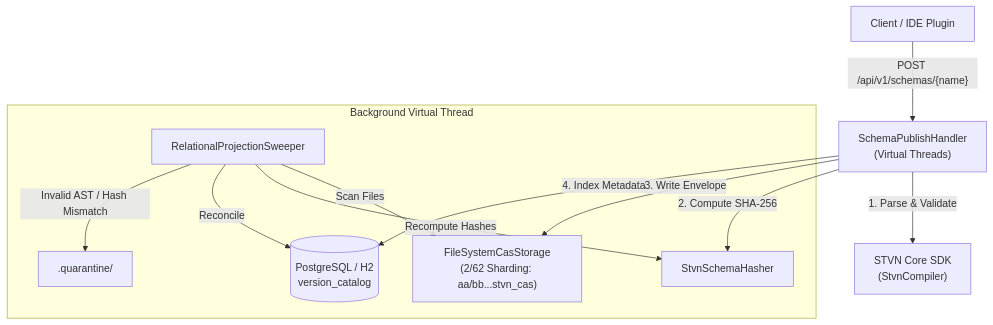
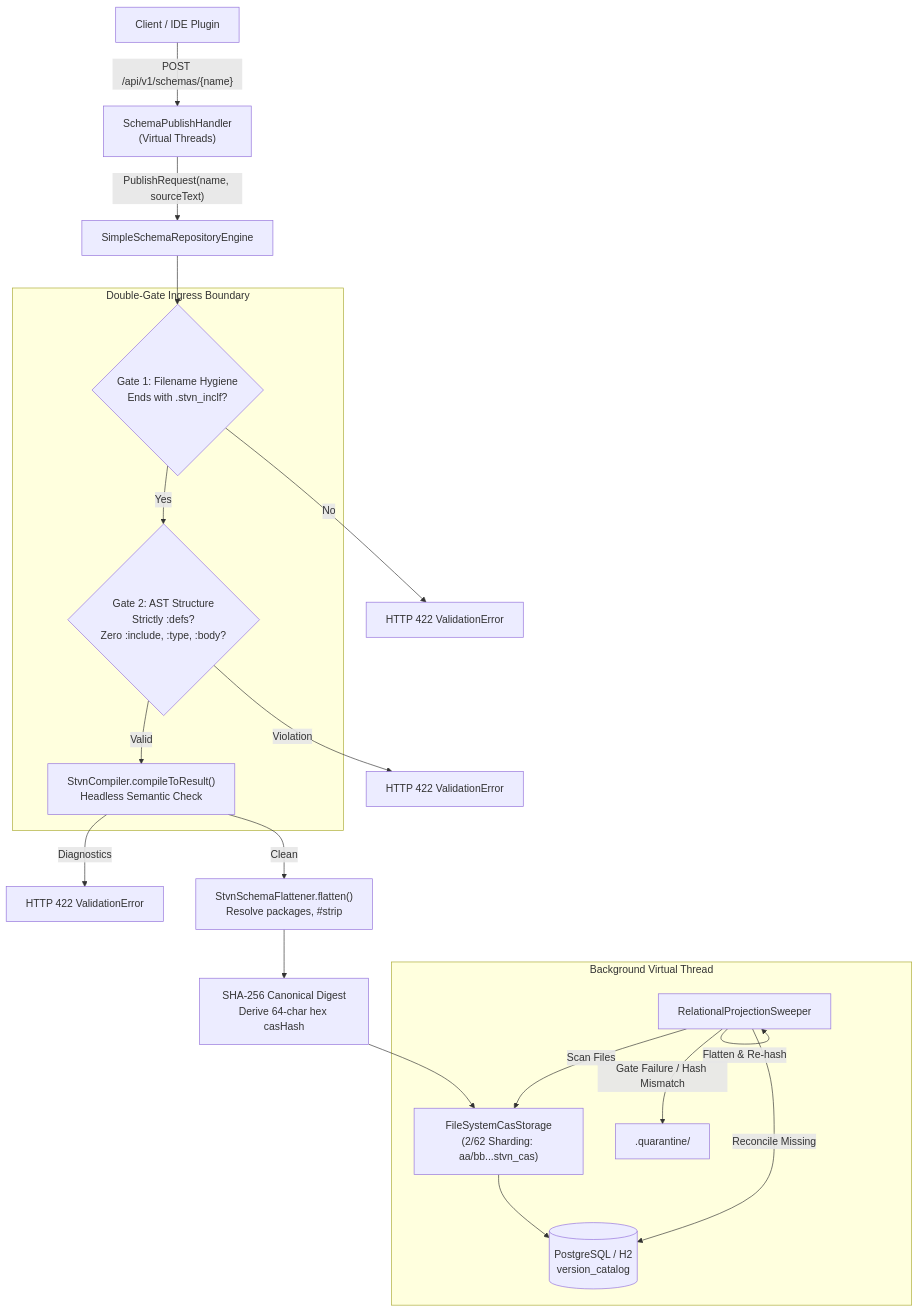
Before and after one commit to chaotic3quilibrium/stvnadore-repository: the diagram in docs/architecture/01_STVN_SCHEMA_REPOSITORY_OVERVIEW.md, drawn with Mermaid. The commit also changed other lines of this file and 9 other files, not shown here.

````diff
--- a/docs/architecture/01_STVN_SCHEMA_REPOSITORY_OVERVIEW.md
+++ b/docs/architecture/01_STVN_SCHEMA_REPOSITORY_OVERVIEW.md
@@ -45,15 +51,31 @@
 ```mermaid
 flowchart TD
     Client["Client / IDE Plugin"] -->|"POST /api/v1/schemas/{name}"| Handler["SchemaPublishHandler\n(Virtual Threads)"]
-    Handler -->|1. Parse & Validate| Core["STVN Core SDK\n(StvnCompiler)"]
-    Handler -->|2. Compute SHA-256| Hasher["StvnSchemaHasher"]
-    Handler -->|3. Write Envelope| CAS["FileSystemCasStorage\n(2/62 Sharding: aa/bb...stvn_cas)"]
-    Handler -->|4. Index Metadata| DB[(PostgreSQL / H2\nversion_catalog)]
+    Handler -->|"PublishRequest(name, sourceText)"| Engine["SimpleSchemaRepositoryEngine"]
     
+    subgraph Ingress ["Double-Gate Ingress Boundary"]
+        Gate1{"Gate 1: Filename Hygiene\nEnds with .stvn_inclf?"}
+        Gate2{"Gate 2: AST Structure\nStrictly :defs?\nZero :include, :type, :body?"}
+        Compile["StvnCompiler.compileToResult()\nHeadless Semantic Check"]
+    end
+    
+    Engine --> Gate1
+    Gate1 -- "No" --> Err1["HTTP 422 ValidationError"]
+    Gate1 -- "Yes" --> Gate2
+    Gate2 -- "Violation" --> Err2["HTTP 422 ValidationError"]
+    Gate2 -- "Valid" --> Compile
+    Compile -- "Diagnostics" --> Err3["HTTP 422 ValidationError"]
+    Compile -- "Clean" --> Flattener["StvnSchemaFlattener.flatten()\nResolve packages, #strip"]
+    
+    Flattener --> CASDigest["SHA-256 Canonical Digest\nDerive 64-char hex casHash"]
+    CASDigest --> CAS["FileSystemCasStorage\n(2/62 Sharding: aa/bb...stvn_cas)"]
+    CAS --> DB[(PostgreSQL / H2\nversion_catalog)]
+
     subgraph Background ["Background Virtual Thread"]
         Sweeper["RelationalProjectionSweeper"] -->|Scan Files| CAS
-        Sweeper -->|Recompute Hashes| Hasher
-        Sweeper -->|Reconcile| DB
-        Sweeper -->|Invalid AST / Hash Mismatch| Quarantine[".quarantine/"]
+        Sweeper -->|Validate Gates 1 & 2| Sweeper
+        Sweeper -->|Flatten & Re-hash| Sweeper
+        Sweeper -->|Reconcile Missing| DB
+        Sweeper -->|Gate Failure / Hash Mismatch| Quarantine[".quarantine/"]
     end
 ```
````
